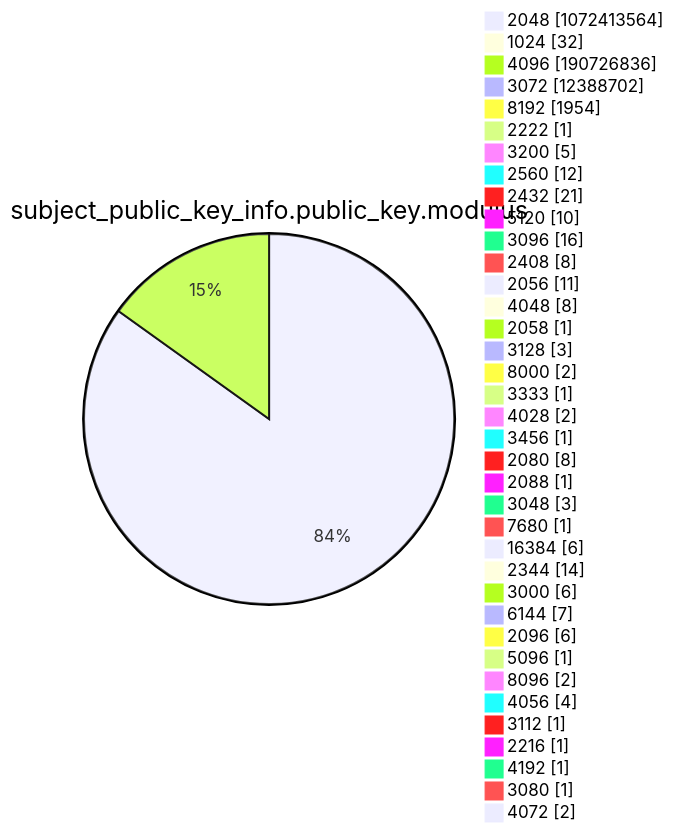
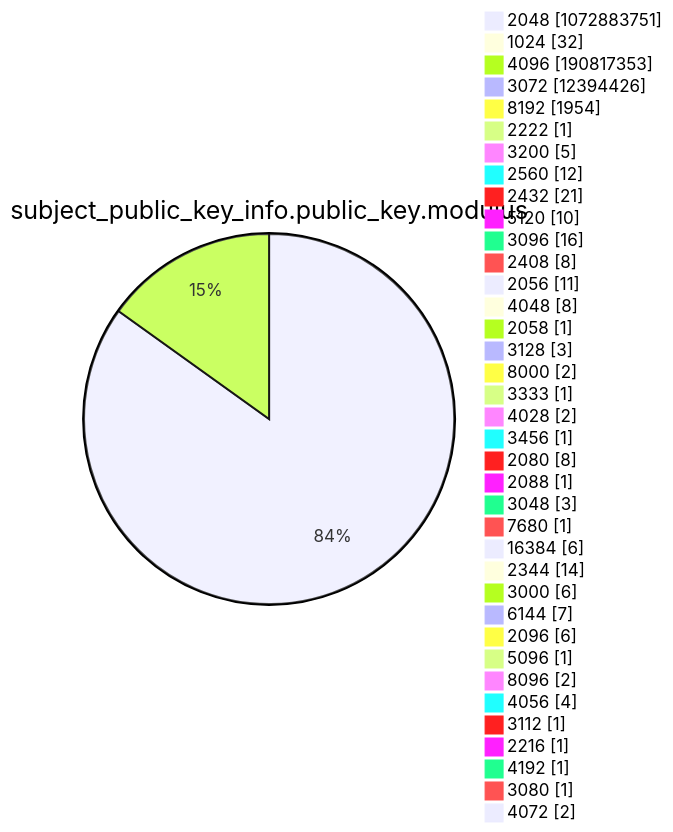
Before and after one commit to christiankrug/ctmonitor_visualization: diagram 13 of 15 in argon2022/README.md, drawn with Mermaid. The commit also changed other lines of this file, not shown here.

````diff
--- a/argon2022/README.md
+++ b/argon2022/README.md
@@ -3589,41 +3589,41 @@
 ```mermaid
 pie showData
 title subject_public_key_info.public_key.modulus
-"2048" :1072413564
+"2048" :1072883751
 "1024" :32
-"4096" :190726836
-"3072" :12388702
+"4096" :190817353
+"3072" :12394426
 "8192" :1954
 "2222" :1
 "3200" :5
 "2560" :12
 "2432" :21
 "5120" :10
 "3096" :16
 "2408" :8
 "2056" :11
 "4048" :8
 "2058" :1
 "3128" :3
 "8000" :2
 "3333" :1
 "4028" :2
 "3456" :1
 "2080" :8
 "2088" :1
 "3048" :3
 "7680" :1
 "16384" :6
 "2344" :14
 "3000" :6
 "6144" :7
 "2096" :6
 "5096" :1
 "8096" :2
 "4056" :4
 "3112" :1
 "2216" :1
 "4192" :1
 "3080" :1
 "4072" :2
 ```
````
